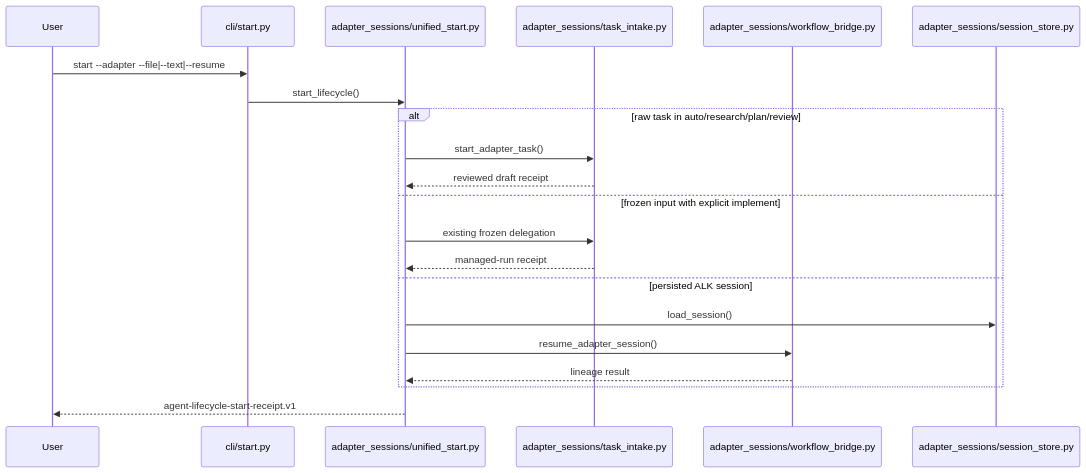
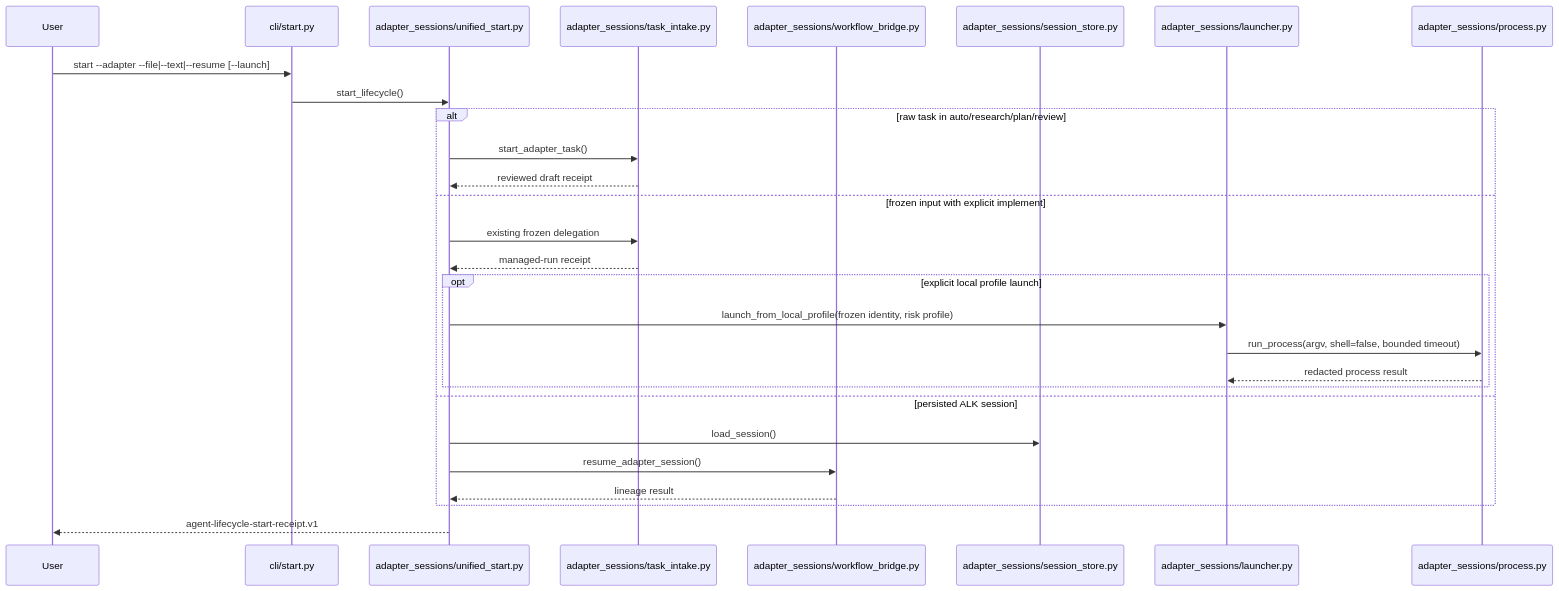
Before and after one commit to avksp/agent-lifecycle-kit: the sixth of 14 diagrams in docs/architecture/system-architecture.md, drawn with Mermaid. The commit also changed other lines of this file and 61 other files, not shown here.

Commit message:
feat(adapter): add safe local host launch

````diff
--- a/docs/architecture/system-architecture.md
+++ b/docs/architecture/system-architecture.md
@@ -257,24 +257,31 @@
 ```mermaid
 sequenceDiagram
   participant User
   participant StartCLI as cli/start.py
   participant Start as adapter_sessions/unified_start.py
   participant Intake as adapter_sessions/task_intake.py
   participant Resume as adapter_sessions/workflow_bridge.py
   participant Store as adapter_sessions/session_store.py
+  participant LocalLaunch as adapter_sessions/launcher.py
+  participant Process as adapter_sessions/process.py
 
-  User->>StartCLI: start --adapter --file|--text|--resume
+  User->>StartCLI: start --adapter --file|--text|--resume [--launch]
   StartCLI->>Start: start_lifecycle()
   alt raw task in auto/research/plan/review
     Start->>Intake: start_adapter_task()
     Intake-->>Start: reviewed draft receipt
   else frozen input with explicit implement
     Start->>Intake: existing frozen delegation
     Intake-->>Start: managed-run receipt
+    opt explicit local profile launch
+      Start->>LocalLaunch: launch_from_local_profile(frozen identity, risk profile)
+      LocalLaunch->>Process: run_process(argv, shell=false, bounded timeout)
+      Process-->>LocalLaunch: redacted process result
+    end
   else persisted ALK session
     Start->>Store: load_session()
     Start->>Resume: resume_adapter_session()
     Resume-->>Start: lineage result
   end
   Start-->>User: agent-lifecycle-start-receipt.v1
 ```
````
